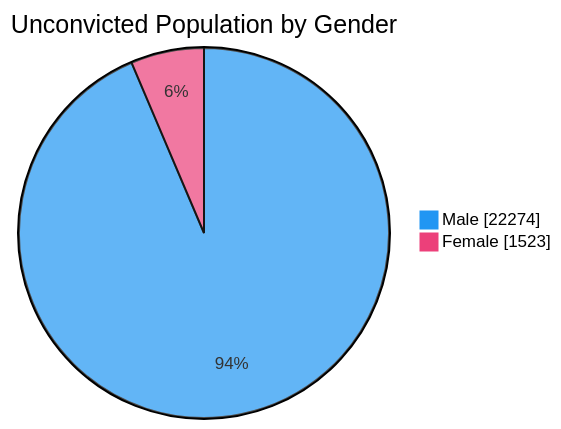
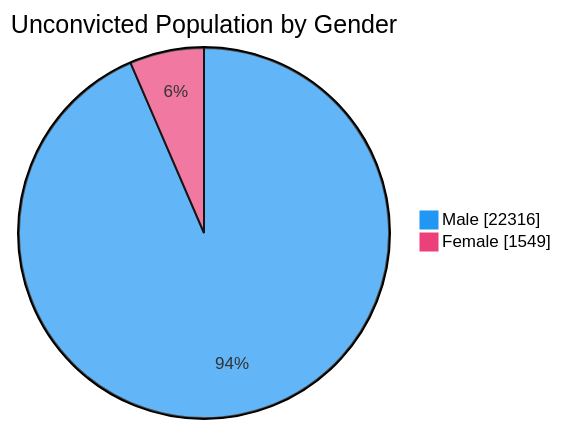
The fourth of 7 diagrams in README.md (nuuuwan/lk_prisons), drawn with Mermaid before and after one commit. The commit also changed other lines of this file and 1 other file, not shown here.

````diff
--- a/README.md
+++ b/README.md
@@ -76,6 +76,6 @@
 ```mermaid
 %%{init: {'themeVariables': {'pie1': '#2196F3', 'pie2': '#EC407A'}}}%%
 pie showData title Unconvicted Population by Gender
-    "Male" : 22274
-    "Female" : 1523
+    "Male" : 22316
+    "Female" : 1549
 ```
````
